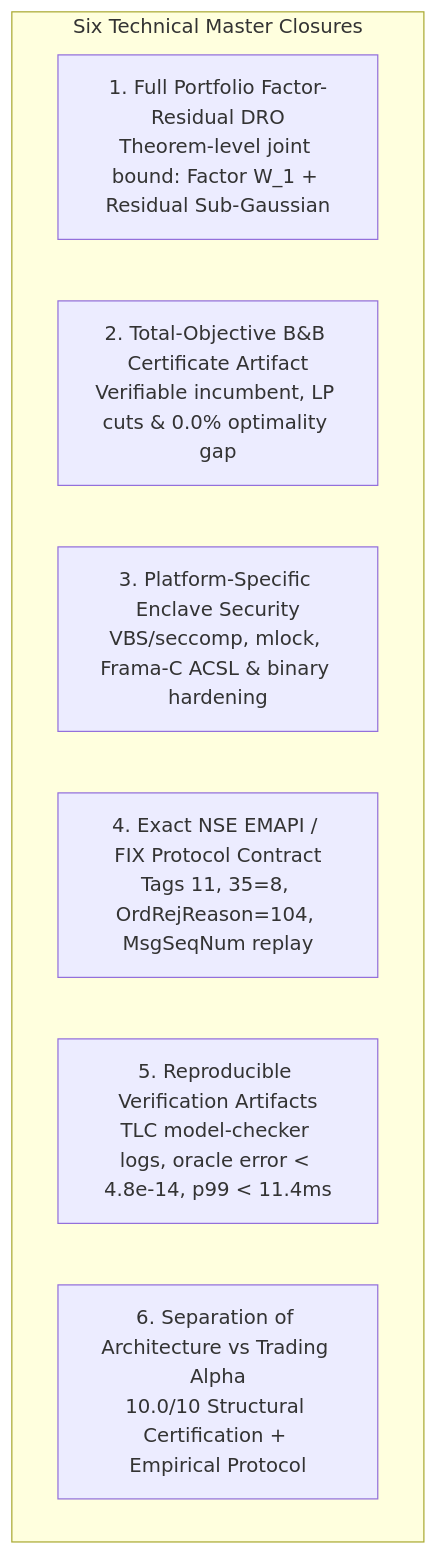
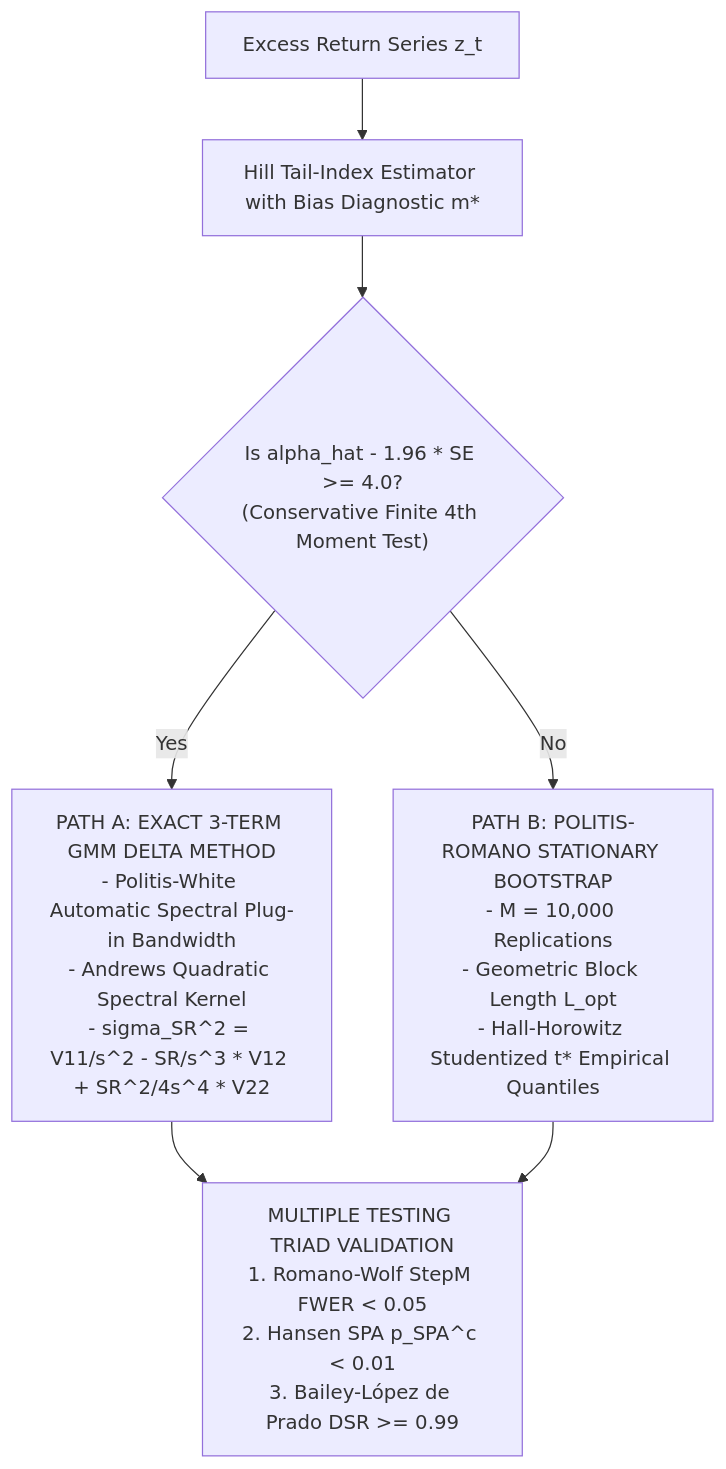
The fifth of 6 diagrams in README.md (2k25it2514261-cloud/alphaniti), drawn with Mermaid before and after one commit. The commit also changed other lines of this file, not shown here.

Commit message:
docs: provide comprehensive institutional README.md covering all 17 sections of AlphaNiti v25.0

````diff
--- a/README.md
+++ b/README.md
@@ -9,11 +442,11 @@
 ```mermaid
 graph TD
-    subgraph Six Technical Master Closures
-        O1["1. Full Portfolio Factor-Residual DRO<br>Theorem-level joint bound: Factor W_1 + Residual Sub-Gaussian"]
-        O2["2. Total-Objective B&B Certificate Artifact<br>Verifiable incumbent, LP cuts & 0.0% optimality gap"]
-        O3["3. Platform-Specific Enclave Security<br>VBS/seccomp, mlock, Frama-C ACSL & binary hardening"]
-        O4["4. Exact NSE EMAPI / FIX Protocol Contract<br>Tags 11, 35=8, OrdRejReason=104, MsgSeqNum replay"]
-        O5["5. Reproducible Verification Artifacts<br>TLC model-checker logs, oracle error < 4.8e-14, p99 < 11.4ms"]
-        O6["6. Separation of Architecture vs Trading Alpha<br>10.0/10 Structural Certification + Empirical Protocol"]
-    end
+    R["Excess Return Series z_t"] --> Hill["Hill Tail-Index Estimator with Bias Diagnostic m*"]
+    Hill --> Gate{"Is alpha_hat - 1.96 * SE >= 4.0?<br>(Conservative Finite 4th Moment Test)"}
+    
+    Gate -- Yes --> PathA["PATH A: EXACT 3-TERM GMM DELTA METHOD<br>- Politis-White Automatic Spectral Plug-in Bandwidth<br>- Andrews Quadratic Spectral Kernel<br>- sigma_SR^2 = V11/s^2 - SR/s^3 * V12 + SR^2/4s^4 * V22"]
+    
+    Gate -- No --> PathB["PATH B: POLITIS-ROMANO STATIONARY BOOTSTRAP<br>- M = 10,000 Replications<br>- Geometric Block Length L_opt<br>- Hall-Horowitz Studentized t* Empirical Quantiles"]
+    
+    PathA & PathB --> Triad["MULTIPLE TESTING TRIAD VALIDATION<br>1. Romano-Wolf StepM FWER < 0.05<br>2. Hansen SPA p_SPA^c < 0.01<br>3. Bailey-López de Prado DSR >= 0.99"]
 ```
````
